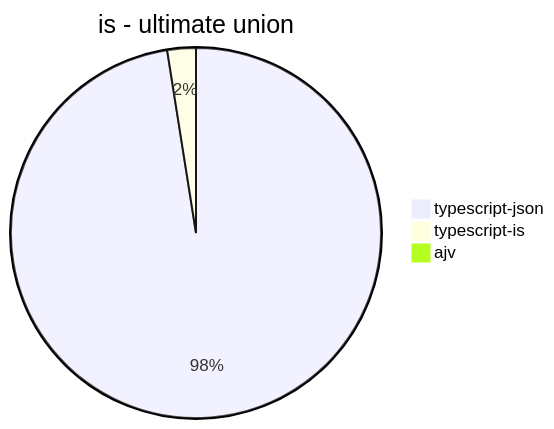
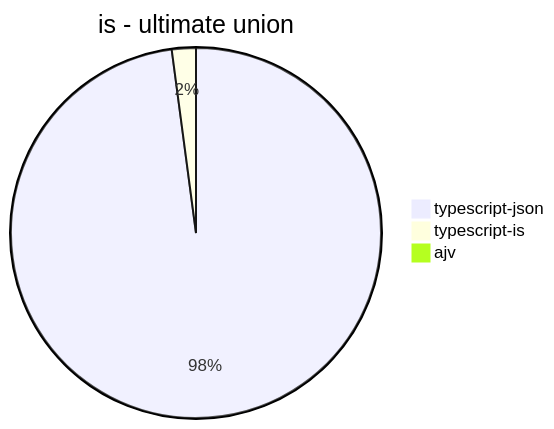
Before and after one commit to samchon/typia: diagram 14 of 30 in benchmark/results/AMD Ryzen 7 5800H with Radeon Graphics         .md, drawn with Mermaid. The commit also changed other lines of this file, not shown here.

````diff
--- a/benchmark/results/AMD Ryzen 7 5800H with Radeon Graphics         .md
+++ b/benchmark/results/AMD Ryzen 7 5800H with Radeon Graphics         .md
@@ -132,6 +132,6 @@
 ```mermaid
 pie title is - ultimate union
-  "typescript-json": 11384.927964536388
-  "typescript-is": 291.3399857448325
+  "typescript-json": 12787.281105990784
+  "typescript-is": 273.9801543550165
   "ajv": 0
 ```
````
